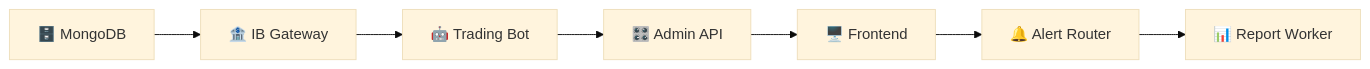
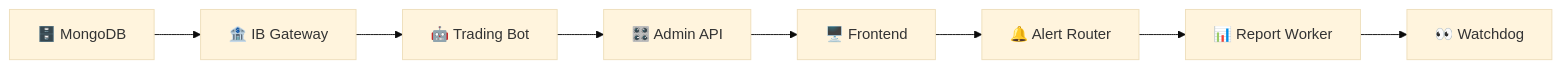
Before and after one commit to AIgen-Solutions-s-r-l/SpreadPilot: the diagram in docs/setup/README.md, drawn with Mermaid (base theme). The commit also changed other lines of this file and 4 other files, not shown here.

````diff
--- a/docs/setup/README.md
+++ b/docs/setup/README.md
@@ -39,9 +39,10 @@
 ```mermaid
 graph LR
     A[🗄️ MongoDB] --> B[🏦 IB Gateway]
     B --> C[🤖 Trading Bot]
     C --> D[🎛️ Admin API]
     D --> E[🖥️ Frontend]
     E --> F[🔔 Alert Router]
     F --> G[📊 Report Worker]
+    G --> H[👀 Watchdog]
 ```
````
